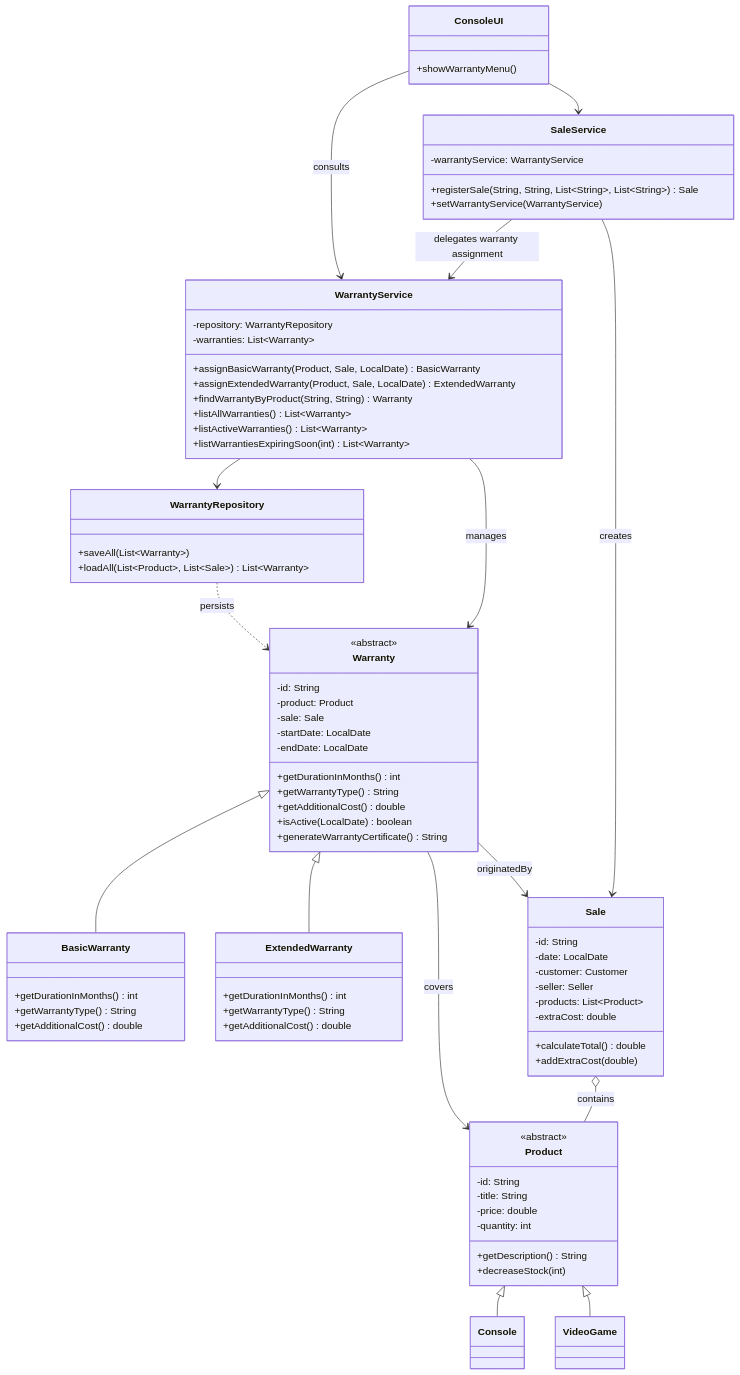
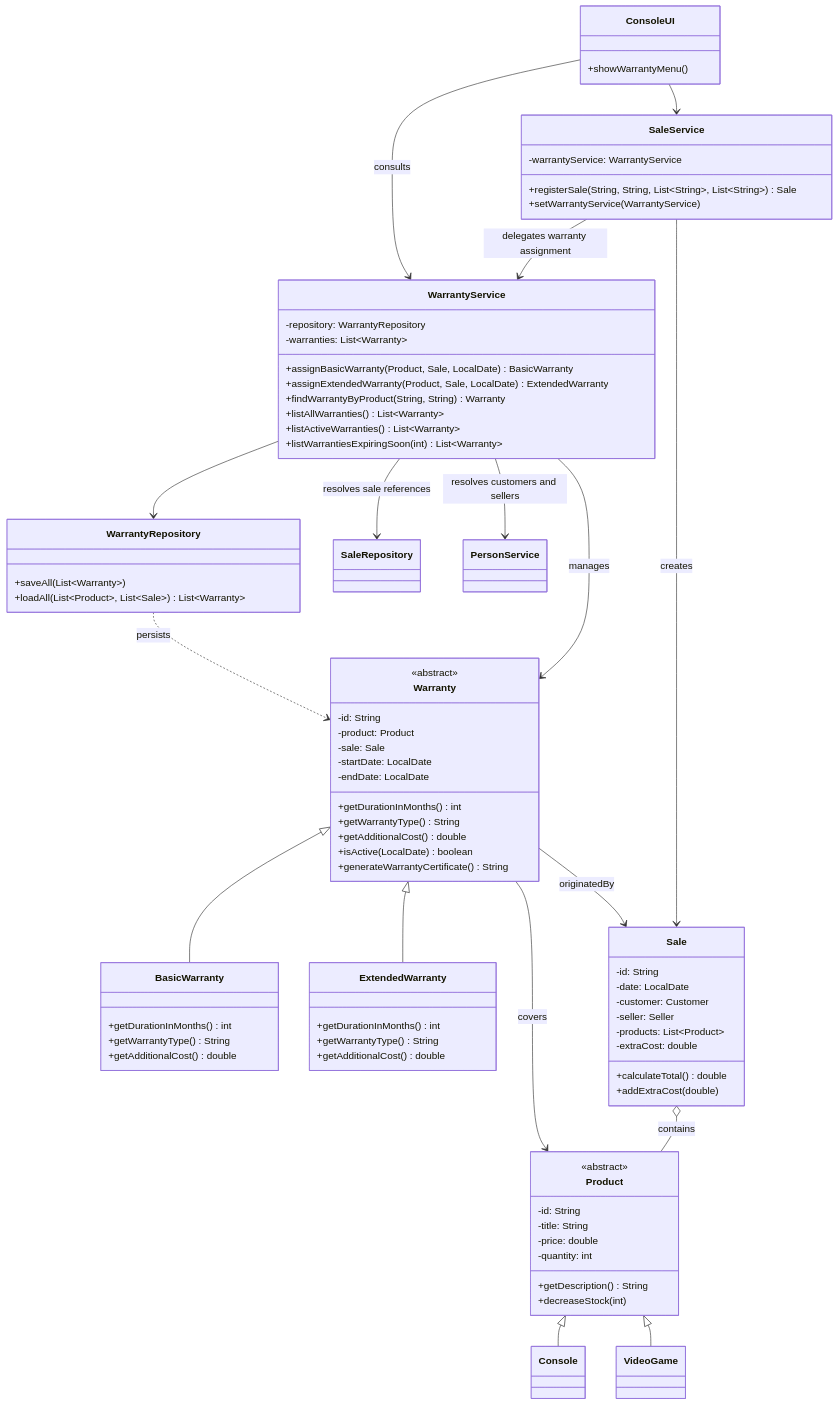
One commit to iceledon/Gamezone-inova changed the diagram in docs/warranty-class-diagram.md. Above: the diagram before and after it, drawn with Mermaid. The commit also changed 2 other files, not shown here.

Commit message:
fix(warranty): remove circular service dependency

```diff
--- a/docs/warranty-class-diagram.md
+++ b/docs/warranty-class-diagram.md
@@ -76,6 +76,8 @@
 +listWarrantiesExpiringSoon(int) List~Warranty~
 }
 WarrantyService --> WarrantyRepository
+WarrantyService --> SaleRepository : resolves sale references
+WarrantyService --> PersonService : resolves customers and sellers
 WarrantyService --> Warranty : manages
 
 class SaleService {
```
